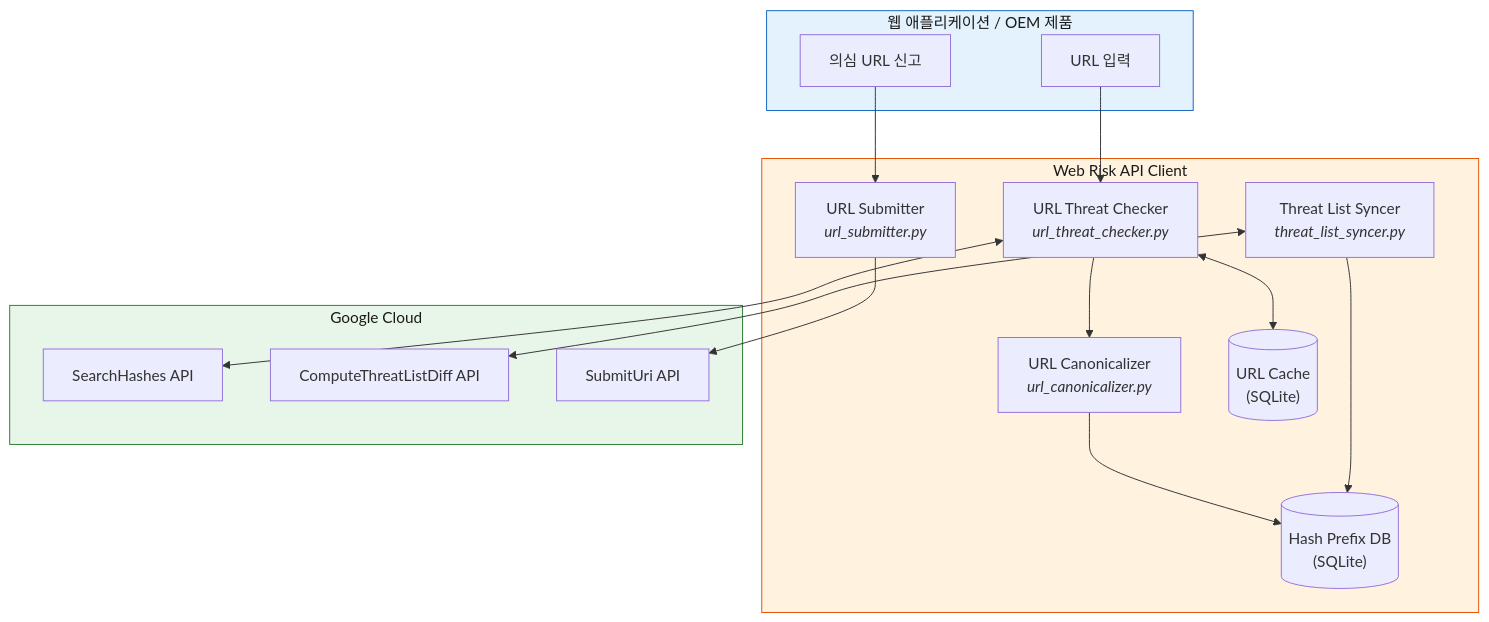
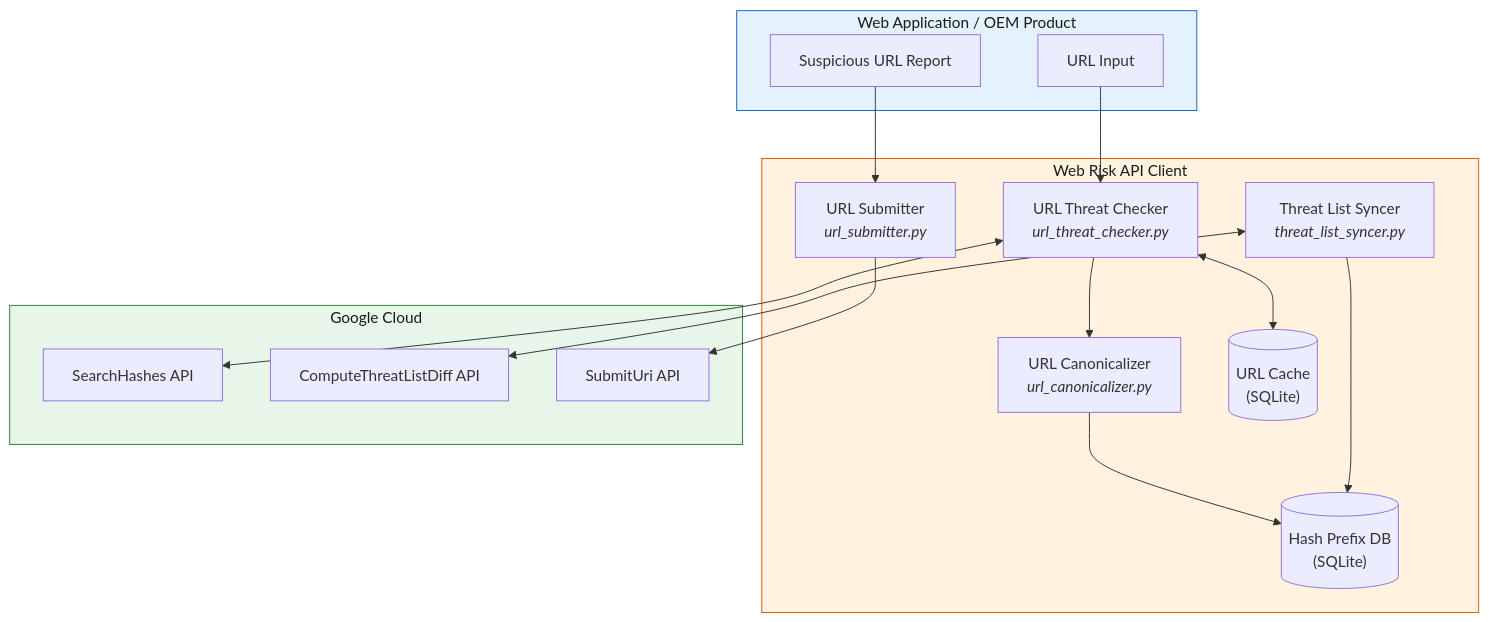
Before and after one commit to kataroya/web-risk-cli: the first of 9 diagrams in WORKFLOW_GUIDE.md, drawn with Mermaid. The commit also changed other lines of this file and 6 other files, not shown here.

````diff
--- a/WORKFLOW_GUIDE.md
+++ b/WORKFLOW_GUIDE.md
@@ -38,36 +38,36 @@
 ```mermaid
 graph TB
-    subgraph APP["웹 애플리케이션 / OEM 제품"]
-        URL_INPUT["URL 입력"]
-        SUSPICIOUS["의심 URL 신고"]
+    subgraph APP["Web Application / OEM Product"]
+        URL_INPUT["URL Input"]
+        SUSPICIOUS["Suspicious URL Report"]
     end
 
     subgraph CLIENT["Web Risk API Client"]
         CHECKER["URL Threat Checker<br/><i>url_threat_checker.py</i>"]
         CANON["URL Canonicalizer<br/><i>url_canonicalizer.py</i>"]
         SYNCER["Threat List Syncer<br/><i>threat_list_syncer.py</i>"]
         SUBMITTER["URL Submitter<br/><i>url_submitter.py</i>"]
         CACHE[("URL Cache<br/>(SQLite)")]
         HASHDB[("Hash Prefix DB<br/>(SQLite)")]
     end
 
     subgraph GOOGLE["Google Cloud"]
         SEARCH_API["SearchHashes API"]
         DIFF_API["ComputeThreatListDiff API"]
         SUBMIT_API["SubmitUri API"]
     end
 
     URL_INPUT --> CHECKER
     CHECKER <--> CACHE
     CHECKER --> CANON
     CHECKER <--> SEARCH_API
     CANON --> HASHDB
     SYNCER <--> DIFF_API
     SYNCER --> HASHDB
     SUSPICIOUS --> SUBMITTER
     SUBMITTER --> SUBMIT_API
 
     style APP fill:#e3f2fd,stroke:#1565c0,color:#1a1a1a
     style CLIENT fill:#fff3e0,stroke:#e65100,color:#1a1a1a
     style GOOGLE fill:#e8f5e9,stroke:#2e7d32,color:#1a1a1a
 ```
````
